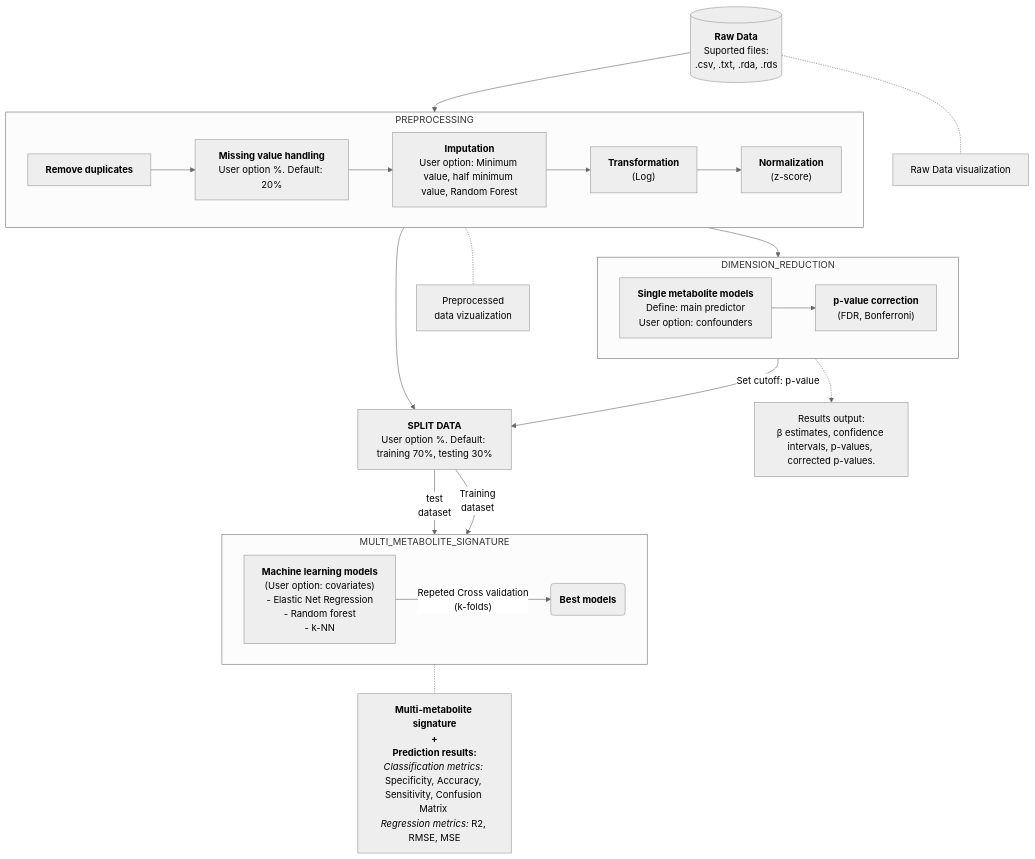
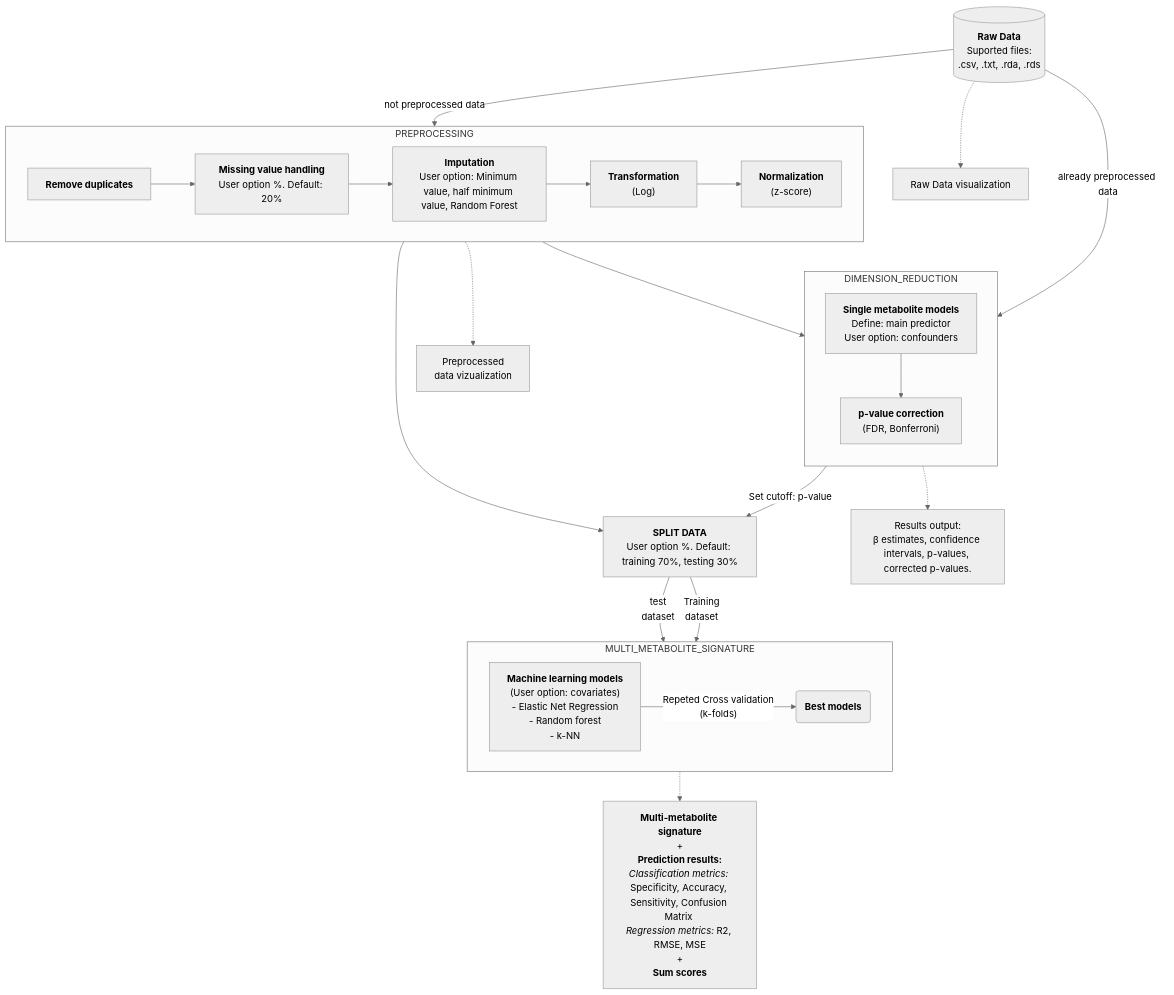
One commit to nestanyol/CoolBeans changed the diagram in vignettes/flowchart.qmd. Above: the diagram before and after it, drawn with Mermaid (neutral theme). The commit also changed 15 other files, not shown here.

Commit message:
Updated flow-chart

````diff
--- a/vignettes/flowchart.qmd
+++ b/vignettes/flowchart.qmd
@@ -6,59 +6,62 @@
 ```{mermaid}
 flowchart TB
-    RD -.- l0[Raw Data visualization]
+    RD -.-> l0[Raw Data visualization]
     RD[("`**Raw Data**
     Suported files:
     .csv, .txt, .rda, .rds 
-    `")] --> PREPROCESSING
-    
+    `")] --not preprocessed data--> PREPROCESSING
+
     subgraph PREPROCESSING
     direction LR
     p.1["`**Remove duplicates**`"] --> p.2["`**Missing value handling**
     User option %. Default: 20%`"]
     p.2 --> p.3["`**Imputation**
     User option: Minimum value, half minimum value, Random Forest
     `"]
     p.3 --> p.4["`**Transformation**
     (Log)`"] 
     p.4 --> p.5["`**Normalization**
     (z-score)`"] 
     end
-    PREPROCESSING -.- l1[Preprocessed 
+    PREPROCESSING -.-> l1[Preprocessed 
     data vizualization]
     PREPROCESSING  --> DIMENSION_REDUCTION
     PREPROCESSING --> split
+    RD -- already preprocessed data --> DIMENSION_REDUCTION
 
     subgraph DIMENSION_REDUCTION
+    direction TB
     fs1["`**Single metabolite models**
     Define: main predictor
     User option: confounders`"]   
     fs1 --> fs2["`**p-value correction**
     (FDR, Bonferroni)`"]
     end
     DIMENSION_REDUCTION --Set cutoff: p-value--> split["`**SPLIT DATA**
     User option %. Default: training 70%, testing 30%`"]
     split --Training 
     dataset--> MULTI_METABOLITE_SIGNATURE
 
     DIMENSION_REDUCTION -.-> l2["`Results output:
     β estimates, confidence intervals, p-values, corrected p-values.
     `"]
 
     subgraph MULTI_METABOLITE_SIGNATURE
     direction LR
     mms.1["`**Machine learning models**
     (User option: covariates)
     - Elastic Net Regression
     - Random forest
     - k-NN`"]  -- Repeted Cross validation
     (k-folds)--> mms.2("`**Best models**`")
     end
     split--test 
     dataset-->mms.2
-    MULTI_METABOLITE_SIGNATURE -.- l3["`**Multi-metabolite signature
+    MULTI_METABOLITE_SIGNATURE -.-> l3["`**Multi-metabolite signature**
     +
-    Prediction results:**
+    **Prediction results:**
     _Classification metrics:_ Specificity, Accuracy, Sensitivity, Confusion Matrix 
-    _Regression metrics:_ R2, RMSE, MSE`"]
-    
+    _Regression metrics:_ R2, RMSE, MSE
+    +
+    **Sum scores**`"]
 ```
````
